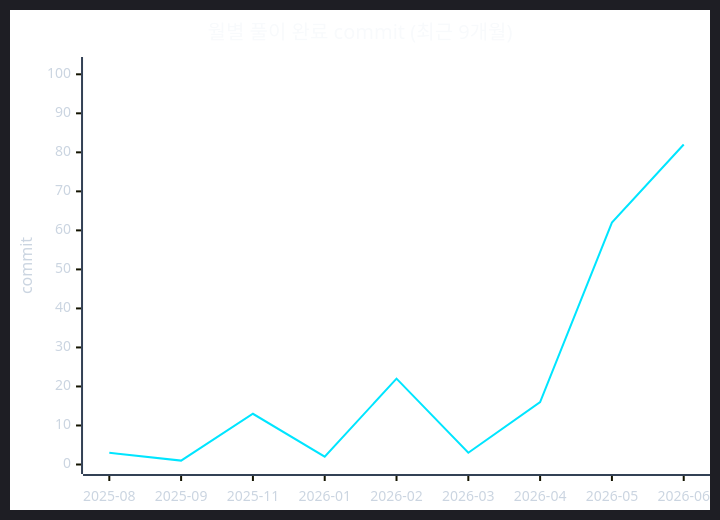
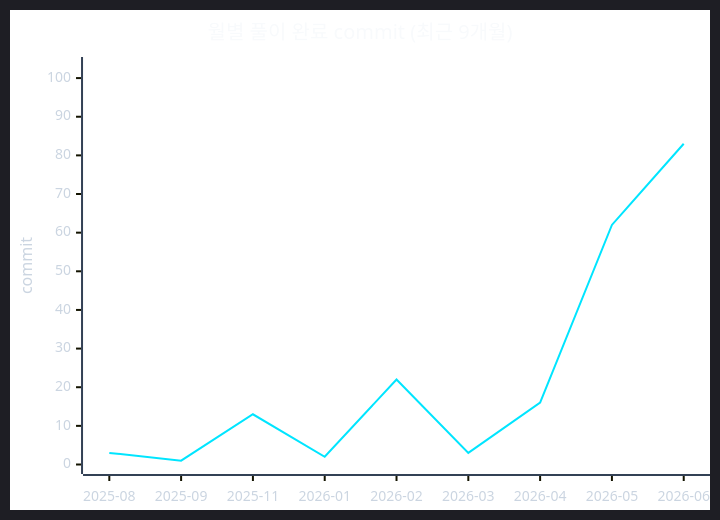
Before and after one commit to CHOOSLA/Algorithm: the second of 2 diagrams in readme.md, drawn with Mermaid. The commit also changed 1 other file, not shown here.

Commit message:
[Passed] 스승의 은혜 3 (144ms, 10MB)

````diff
--- a/readme.md
+++ b/readme.md
@@ -71,22 +71,22 @@
 ```mermaid
 ---
 config:
   theme: dark
   themeVariables:
     background: '#0d1117'
     xyChart:
       titleColor: '#f8fafc'
       xAxisLabelColor: '#cbd5e1'
       xAxisTitleColor: '#cbd5e1'
       xAxisLineColor: '#334155'
       yAxisLabelColor: '#cbd5e1'
       yAxisTitleColor: '#cbd5e1'
       yAxisLineColor: '#334155'
       plotColorPalette: '#00e5ff'
 ---
 xychart-beta
   title "월별 풀이 완료 commit (최근 9개월)"
   x-axis ["2025-08", "2025-09", "2025-11", "2026-01", "2026-02", "2026-03", "2026-04", "2026-05", "2026-06"]
-  y-axis "commit" 0 --> 102
-  line [3, 1, 13, 2, 22, 3, 16, 62, 82]
+  y-axis "commit" 0 --> 103
+  line [3, 1, 13, 2, 22, 3, 16, 62, 83]
 ```
````
